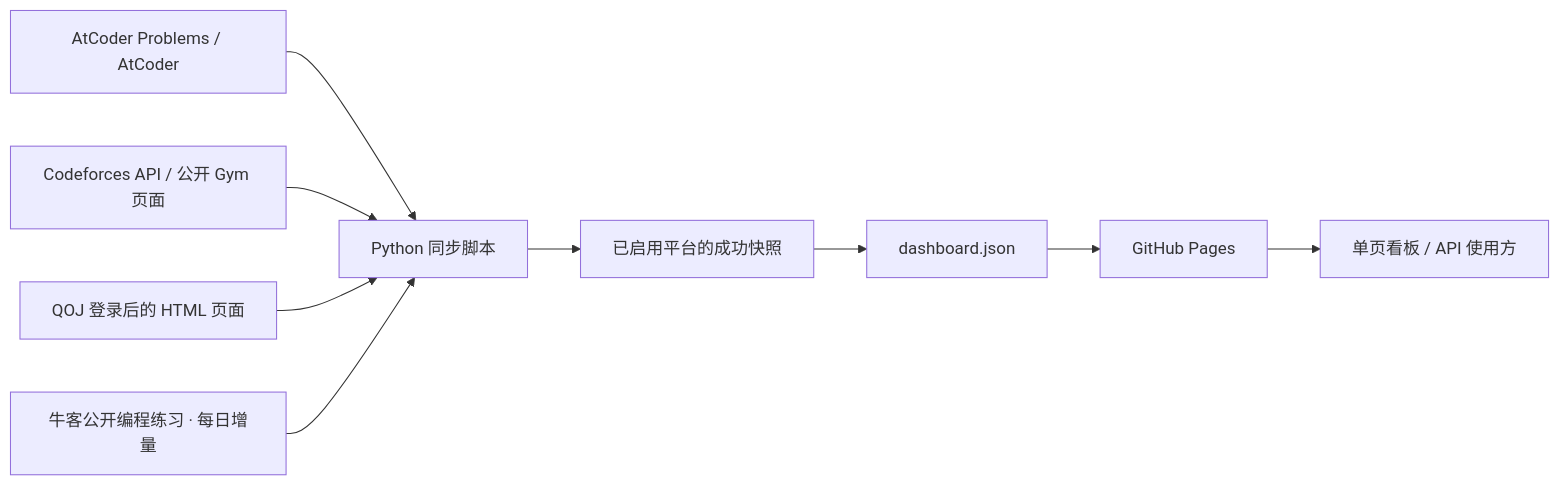
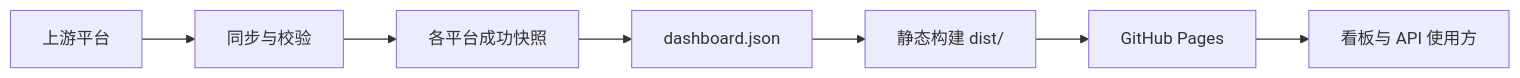
One commit to theLucius7/qwq changed the diagram in README.md. Above: the diagram before and after it, drawn with Mermaid. The commit also changed other lines of this file and 10 other files, not shown here.

````diff
--- a/README.md
+++ b/README.md
@@ -77,11 +153,9 @@
 ```mermaid
 flowchart LR
-    A[AtCoder Problems / AtCoder] --> S[Python 同步脚本]
-    C[Codeforces API / 公开 Gym 页面] --> S
-    Q[QOJ 登录后的 HTML 页面] --> S
-    N[牛客公开编程练习 · 每日增量] --> S
-    S --> P[已启用平台的成功快照]
-    P --> J[dashboard.json]
-    J --> G[GitHub Pages]
-    G --> U[单页看板 / API 使用方]
+    A[上游平台] --> S[同步与校验]
+    S --> C[各平台成功快照]
+    C --> J[dashboard.json]
+    J --> B[静态构建 dist/]
+    B --> P[GitHub Pages]
+    P --> U[看板与 API 使用方]
 ```
````
